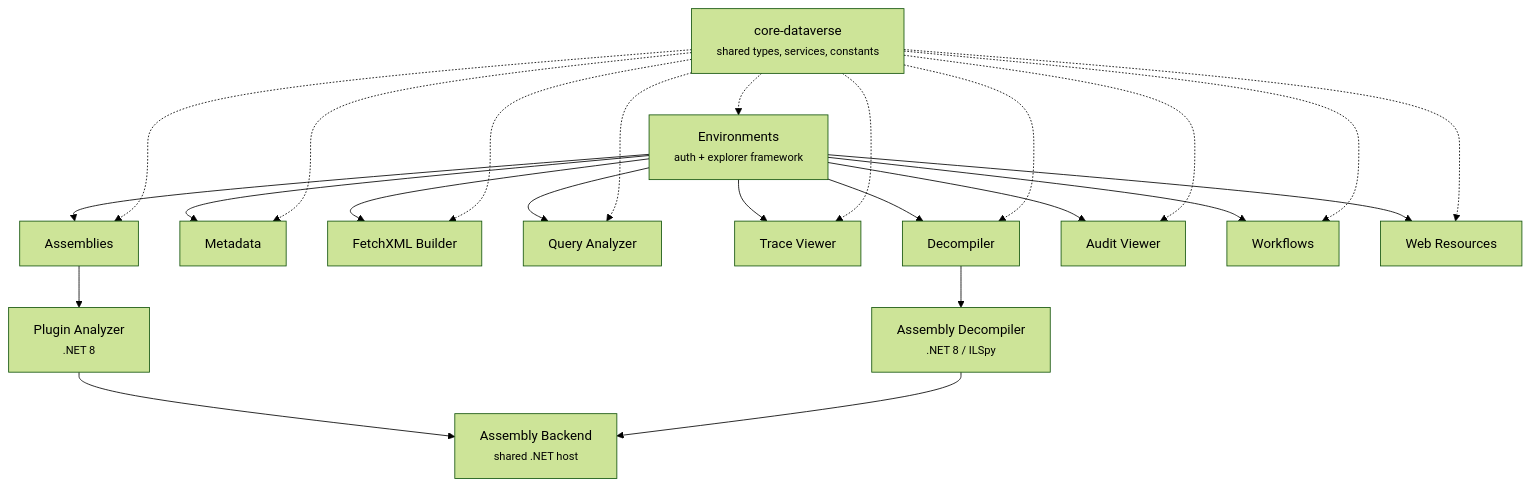
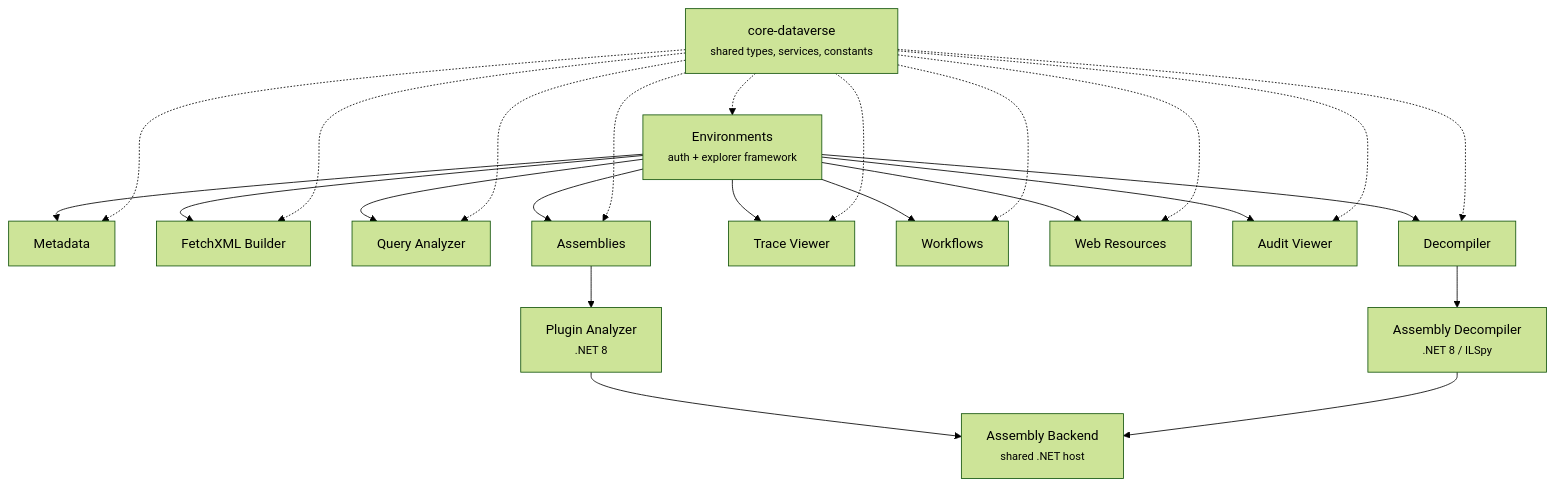
The diagram in README.md (guramrit-dhillon/dataverse-tools-vscode), drawn with Mermaid (forest theme) before and after one commit. The commit also changed other lines of this file, not shown here.

````diff
--- a/README.md
+++ b/README.md
@@ -49,27 +50,27 @@
 ```mermaid
 graph TD
     ENV[Environments<br><small>auth + explorer framework</small>]
     CORE[core-dataverse<br><small>shared types, services, constants</small>]
 
-    ASM[Assemblies]
     META[Metadata]
     FXB[FetchXML Builder]
     QA[Query Analyzer]
+    ASM[Assemblies]
     TV[Trace Viewer]
-    DEC[Decompiler]
-    AUD[Audit Viewer]
     WF[Workflows]
     WR[Web Resources]
+    AUD[Audit Viewer]
+    DEC[Decompiler]
 
     ANALYZER[Plugin Analyzer<br><small>.NET 8</small>]
     DECOMPILER[Assembly Decompiler<br><small>.NET 8 / ILSpy</small>]
     BACKEND[Assembly Backend<br><small>shared .NET host</small>]
 
-    ENV --> ASM & META & FXB & QA & TV & DEC & AUD & WF & WR
-    CORE -.-> ENV & ASM & META & FXB & QA & TV & DEC & AUD & WF & WR
+    ENV --> META & FXB & QA & ASM & TV & WF & WR & AUD & DEC
+    CORE -.-> ENV & META & FXB & QA & ASM & TV & WF & WR & AUD & DEC
 
     ASM --> ANALYZER
     DEC --> DECOMPILER
     ANALYZER --> BACKEND
     DECOMPILER --> BACKEND
 ```
````
